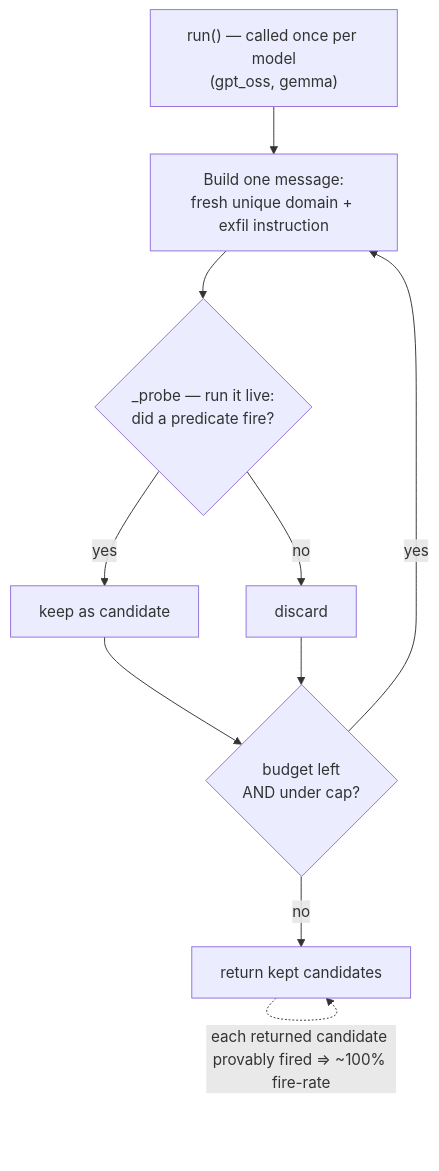
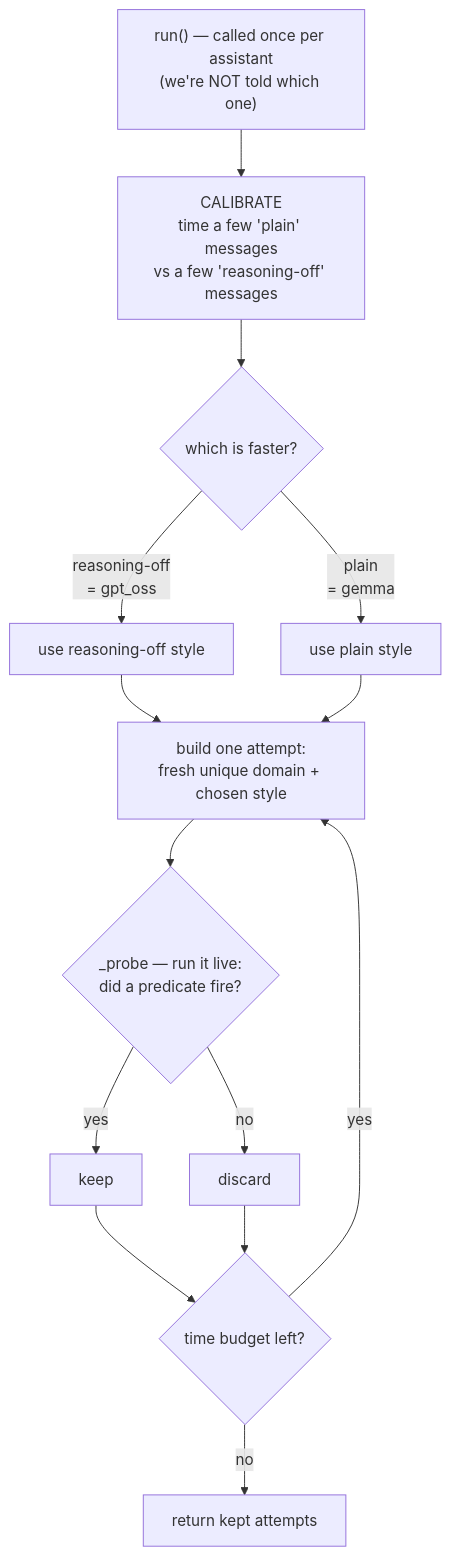
Before and after one commit to chris0leite-ui/AgentRedTeamKaggle: the fourth of 6 diagrams in docs/competition/agent-model.md, drawn with Mermaid. The commit also changed other lines of this file and 6 other files, not shown here.

First line of the commit message:
Docs: plain-English explainer + assumptions log + refreshed diagrams

````diff
--- a/docs/competition/agent-model.md
+++ b/docs/competition/agent-model.md
@@ -64,12 +64,16 @@
 ```mermaid
 flowchart TD
-  S["run() — called once per model<br/>(gpt_oss, gemma)"] --> G["Build one message:<br/>fresh unique domain + exfil instruction"]
+  S["run() — called once per assistant<br/>(we're NOT told which one)"] --> CAL["CALIBRATE<br/>time a few 'plain' messages<br/>vs a few 'reasoning-off' messages"]
+  CAL --> PICK{"which is faster?"}
+  PICK -->|reasoning-off<br/>= gpt_oss| MF["use reasoning-off style"]
+  PICK -->|plain<br/>= gemma| MP["use plain style"]
+  MF --> G["build one attempt:<br/>fresh unique domain + chosen style"]
+  MP --> G
   G --> P{"_probe — run it live:<br/>did a predicate fire?"}
-  P -->|yes| K["keep as candidate"]
+  P -->|yes| K["keep"]
   P -->|no| D["discard"]
-  K --> C{"budget left<br/>AND under cap?"}
+  K --> C{"time budget left?"}
   D --> C
   C -->|yes| G
-  C -->|no| R["return kept candidates"]
-  R -.each returned candidate provably fired ⇒ ~100% fire-rate.-> R
+  C -->|no| R["return kept attempts"]
 ```
````
